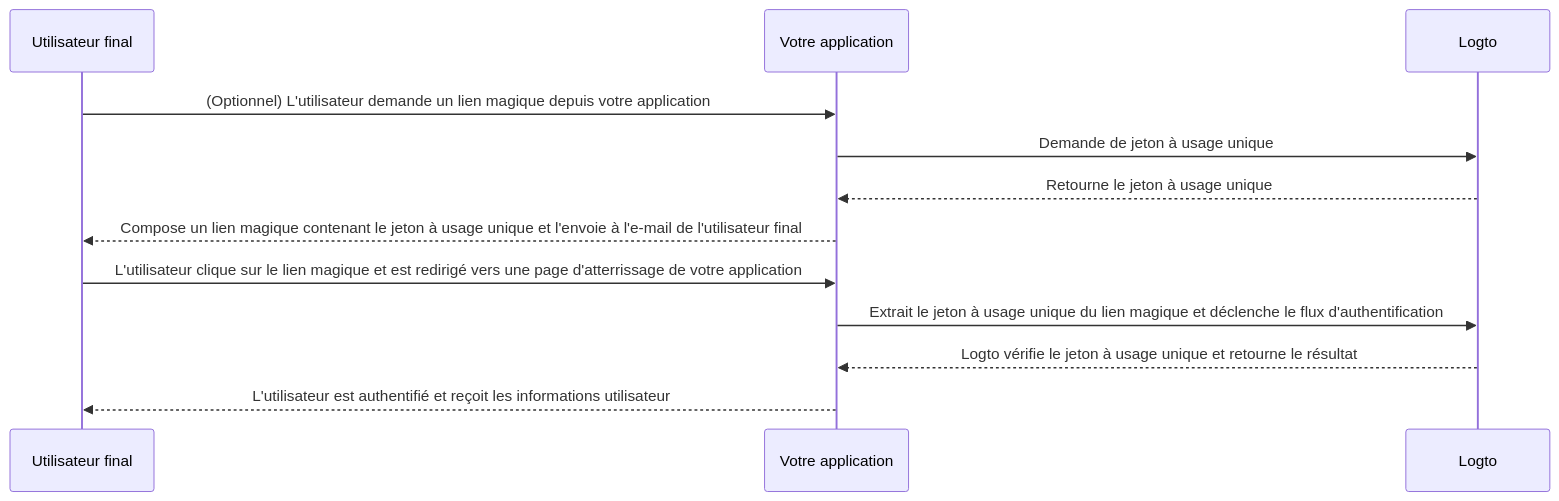
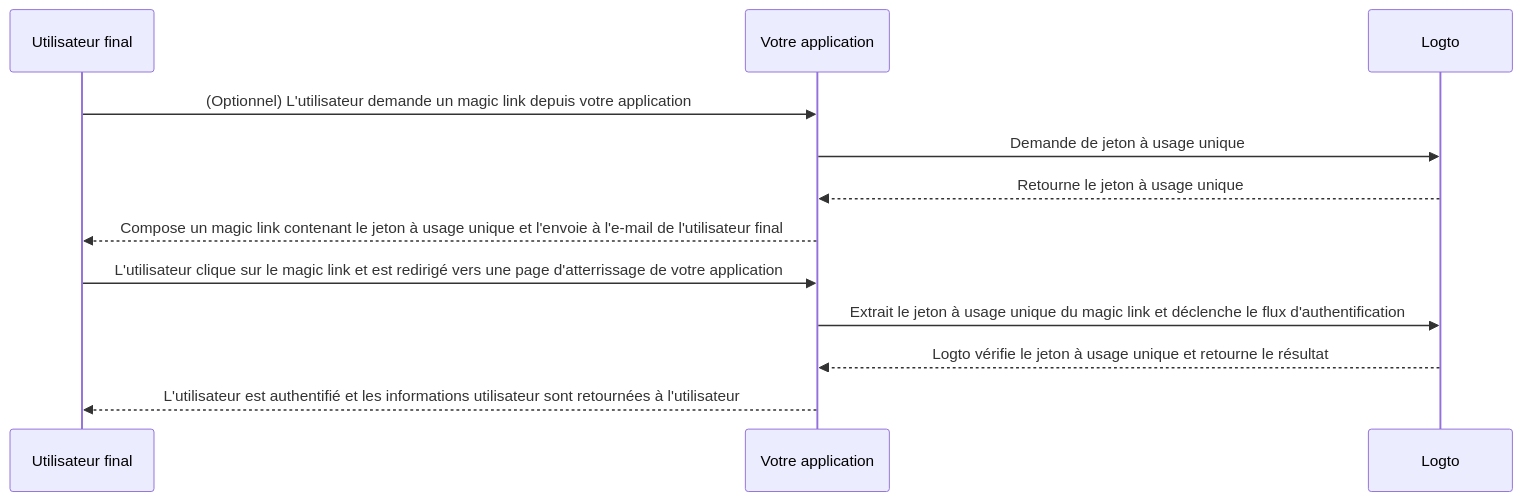
One commit to logto-io/docs changed the diagram in i18n/fr/docusaurus-plugin-content-docs/current/end-user-flows/one-time-token.mdx. Above: the diagram before and after it, drawn with Mermaid. The commit also changed other lines of this file and 26 other files, not shown here.

````diff
--- a/i18n/fr/docusaurus-plugin-content-docs/current/end-user-flows/one-time-token.mdx
+++ b/i18n/fr/docusaurus-plugin-content-docs/current/end-user-flows/one-time-token.mdx
@@ -38,15 +38,15 @@
 ```mermaid
 sequenceDiagram
   participant U as Utilisateur final
   participant C as Votre application
   participant L as Logto
 
-  U ->> C: (Optionnel) L'utilisateur demande un lien magique depuis votre application
+  U ->> C: (Optionnel) L'utilisateur demande un magic link depuis votre application
   C ->> L: Demande de jeton à usage unique
   L -->> C: Retourne le jeton à usage unique
-  C -->> U: Compose un lien magique contenant le jeton à usage unique et l'envoie à l'e-mail de l'utilisateur final
-  U ->> C: L'utilisateur clique sur le lien magique et est redirigé vers une page d'atterrissage de votre application
-  C ->> L: Extrait le jeton à usage unique du lien magique et déclenche le flux d'authentification
+  C -->> U: Compose un magic link contenant le jeton à usage unique et l'envoie à l'e-mail de l'utilisateur final
+  U ->> C: L'utilisateur clique sur le magic link et est redirigé vers une page d'atterrissage de votre application
+  C ->> L: Extrait le jeton à usage unique du magic link et déclenche le flux d'authentification
   L -->> C: Logto vérifie le jeton à usage unique et retourne le résultat
-  C -->> U: L'utilisateur est authentifié et reçoit les informations utilisateur
+  C -->> U: L'utilisateur est authentifié et les informations utilisateur sont retournées à l'utilisateur
 ```
````
